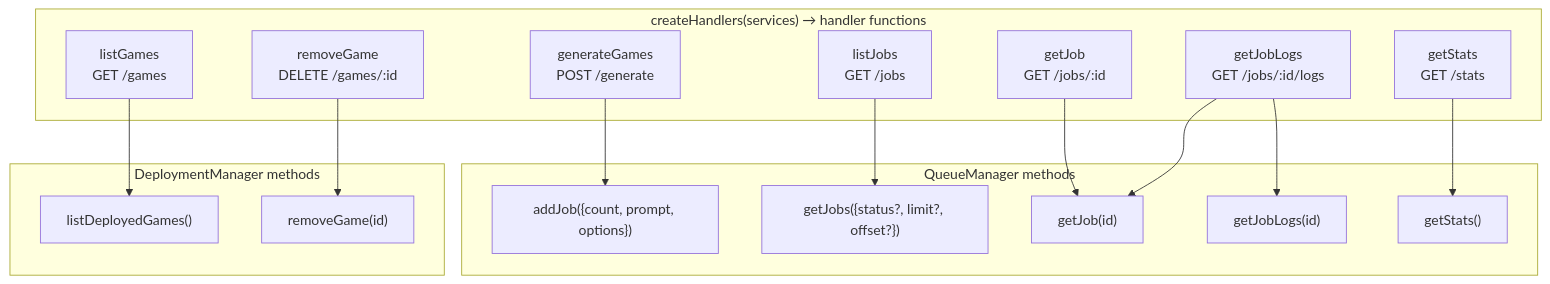
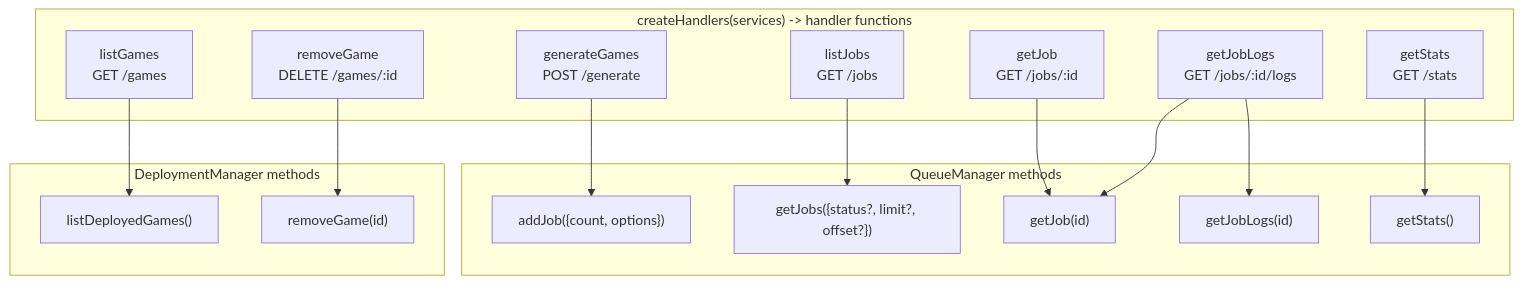
Before and after one commit to J-Gierend/gamePocGen: the seventh of 7 diagrams in AI/document/03-api-surface.md, drawn with Mermaid. The commit also changed other lines of this file and 12 other files, not shown here.

First line of the commit message:
fix: regenerate all architecture docs from current source

````diff
--- a/AI/document/03-api-surface.md
+++ b/AI/document/03-api-surface.md
@@ -28,34 +90,34 @@
 ```mermaid
 graph TD
-    subgraph "createHandlers(services) → handler functions"
+    subgraph "createHandlers(services) -> handler functions"
         H1["generateGames\nPOST /generate"]
         H2["listJobs\nGET /jobs"]
         H3["getJob\nGET /jobs/:id"]
         H4["getJobLogs\nGET /jobs/:id/logs"]
         H5["getStats\nGET /stats"]
         H6["listGames\nGET /games"]
         H7["removeGame\nDELETE /games/:id"]
     end
 
     subgraph "QueueManager methods"
-        QA["addJob({count, prompt, options})"]
+        QA["addJob({count, options})"]
         QJ["getJobs({status?, limit?, offset?})"]
         QG["getJob(id)"]
         QL["getJobLogs(id)"]
         QS["getStats()"]
     end
 
     subgraph "DeploymentManager methods"
         DL["listDeployedGames()"]
         DR["removeGame(id)"]
     end
 
     H1 --> QA
     H2 --> QJ
     H3 --> QG
     H4 --> QG
     H4 --> QL
     H5 --> QS
     H6 --> DL
     H7 --> DR
 ```
````
